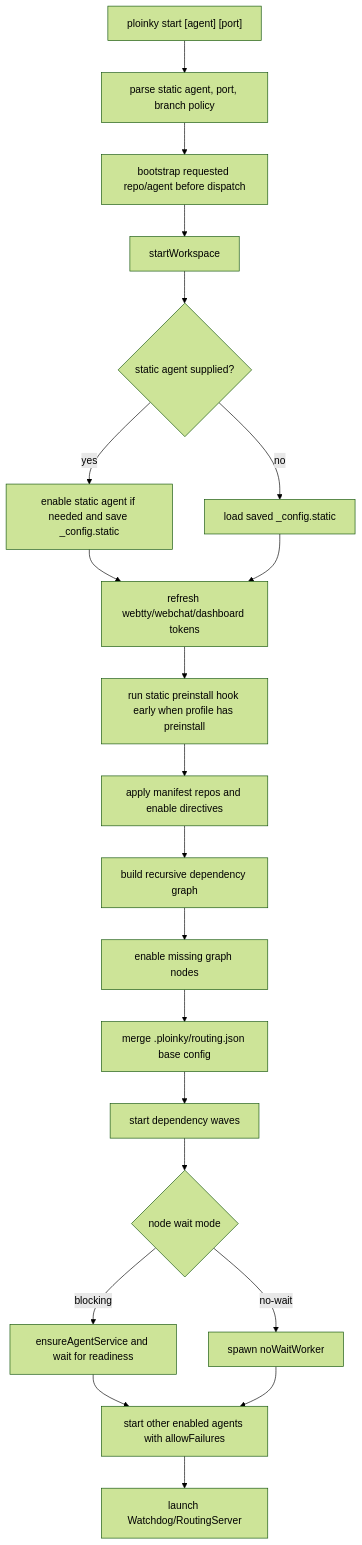
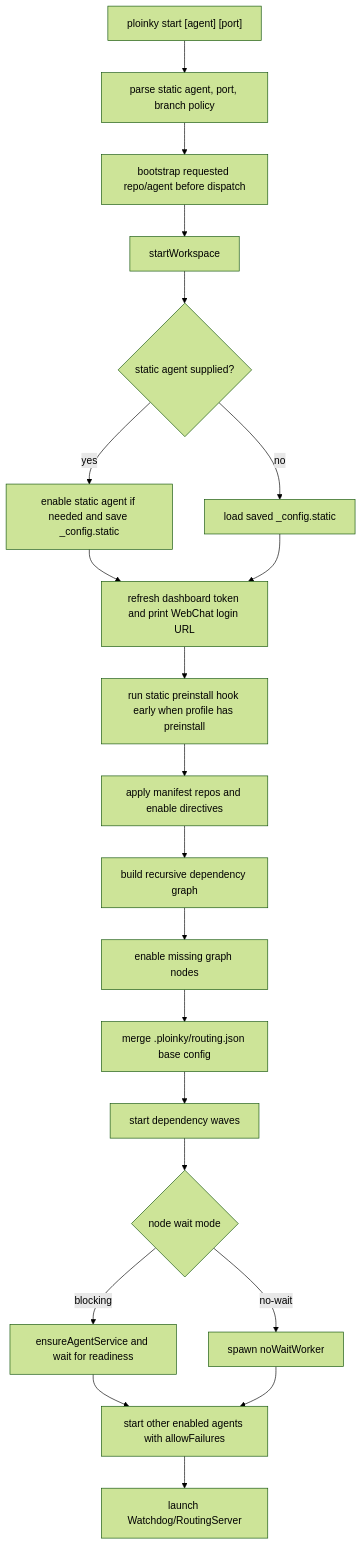
One commit to AssistOS-AI/ploinky changed the second of 5 diagrams in docs/code-derived-agent-lifecycle.md. Above: the diagram before and after it, drawn with Mermaid (forest theme). The commit also changed other lines of this file and 17 other files, not shown here.

````diff
--- a/docs/code-derived-agent-lifecycle.md
+++ b/docs/code-derived-agent-lifecycle.md
@@ -240,23 +239,23 @@
 ```mermaid
 flowchart TD
   A["ploinky start [agent] [port]"] --> B["parse static agent, port, branch policy"]
   B --> C["bootstrap requested repo/agent before dispatch"]
   C --> D["startWorkspace"]
   D --> E{"static agent supplied?"}
   E -- yes --> F["enable static agent if needed and save _config.static"]
   E -- no --> G["load saved _config.static"]
-  F --> H["refresh webtty/webchat/dashboard tokens"]
+  F --> H["refresh dashboard token and print WebChat login URL"]
   G --> H
   H --> I["run static preinstall hook early when profile has preinstall"]
   I --> J["apply manifest repos and enable directives"]
   J --> K["build recursive dependency graph"]
   K --> L["enable missing graph nodes"]
   L --> M["merge .ploinky/routing.json base config"]
   M --> N["start dependency waves"]
   N --> O{"node wait mode"}
   O -- blocking --> P["ensureAgentService and wait for readiness"]
   O -- no-wait --> Q["spawn noWaitWorker"]
   P --> R["start other enabled agents with allowFailures"]
   Q --> R
   R --> S["launch Watchdog/RoutingServer"]
 ```
````
